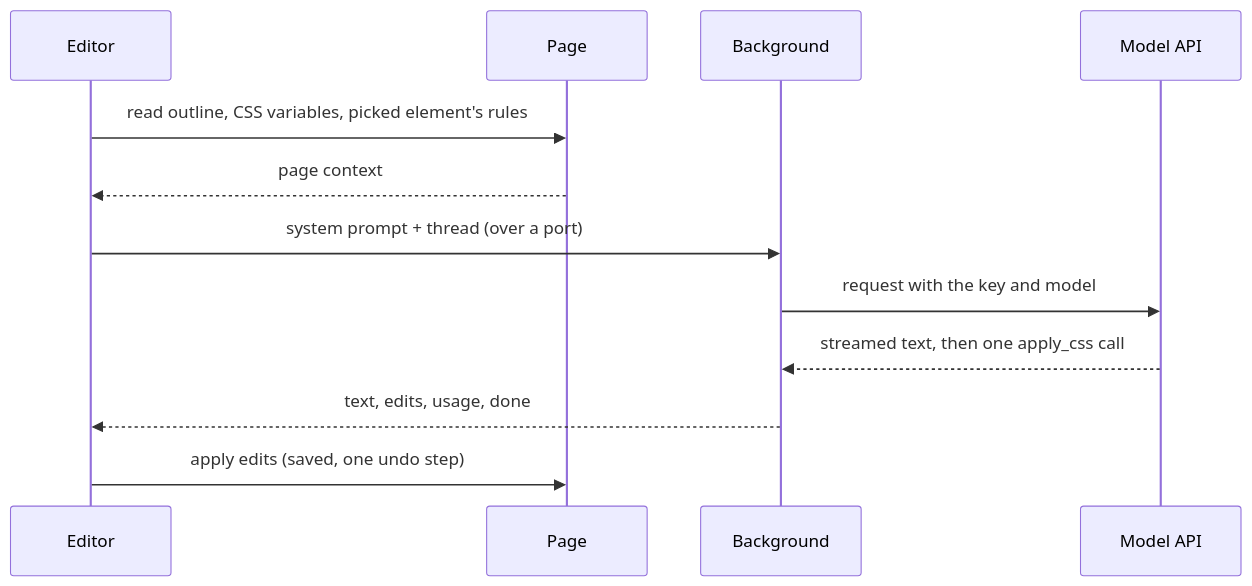
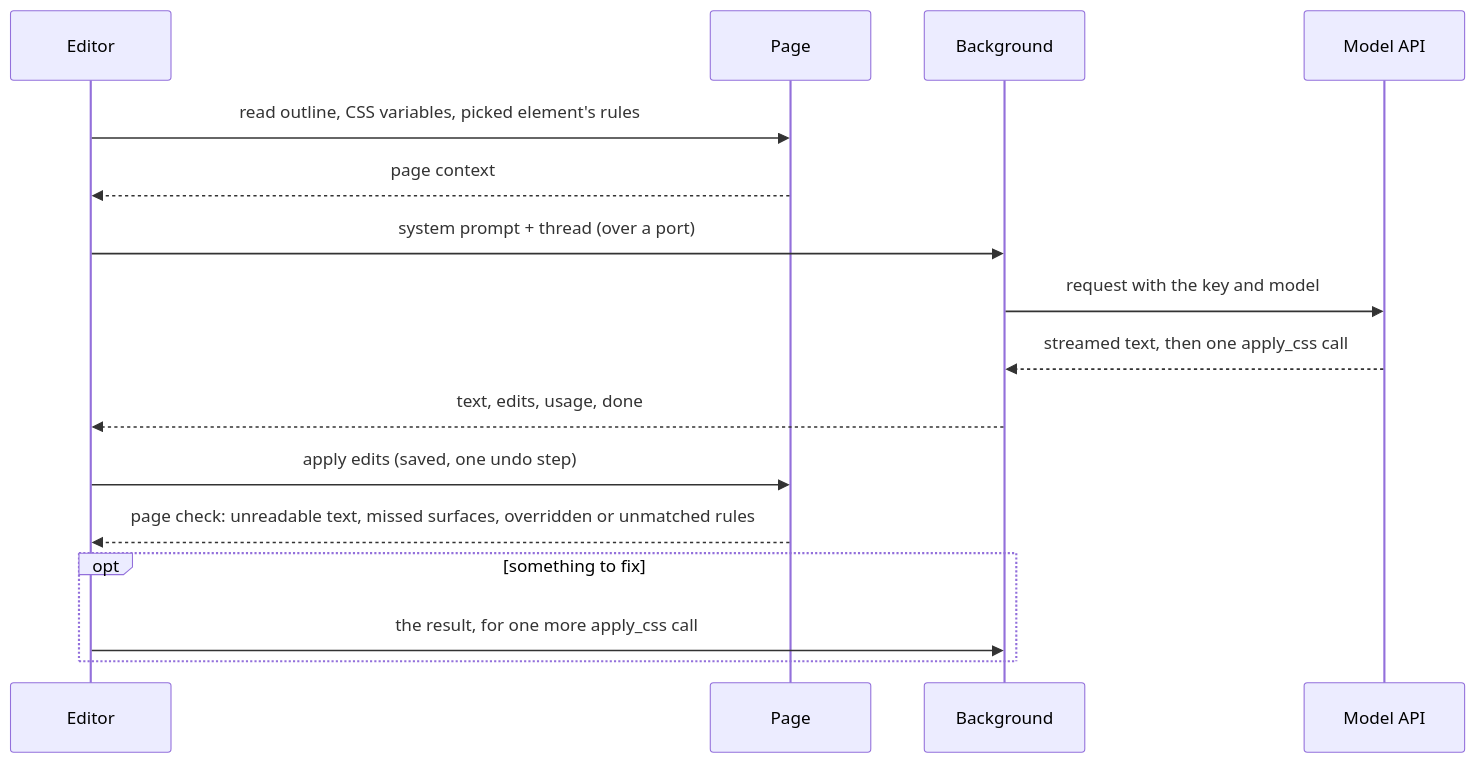
Before and after one commit to ankit/stylebot: the diagram in docs/chat.md, drawn with Mermaid. The commit also changed other lines of this file and 44 other files, not shown here.

First line of the commit message:
feat(chat): check the page after each reply and fix what it finds

````diff
--- a/docs/chat.md
+++ b/docs/chat.md
@@ -7,14 +7,18 @@
 ```mermaid
 sequenceDiagram
     participant E as Editor
     participant P as Page
     participant B as Background
     participant M as Model API
     E->>P: read outline, CSS variables, picked element's rules
     P-->>E: page context
     E->>B: system prompt + thread (over a port)
     B->>M: request with the key and model
     M-->>B: streamed text, then one apply_css call
     B-->>E: text, edits, usage, done
     E->>P: apply edits (saved, one undo step)
+    P-->>E: page check: unreadable text, missed surfaces, overridden or unmatched rules
+    opt something to fix
+        E->>B: the result, for one more apply_css call
+    end
 ```
````
